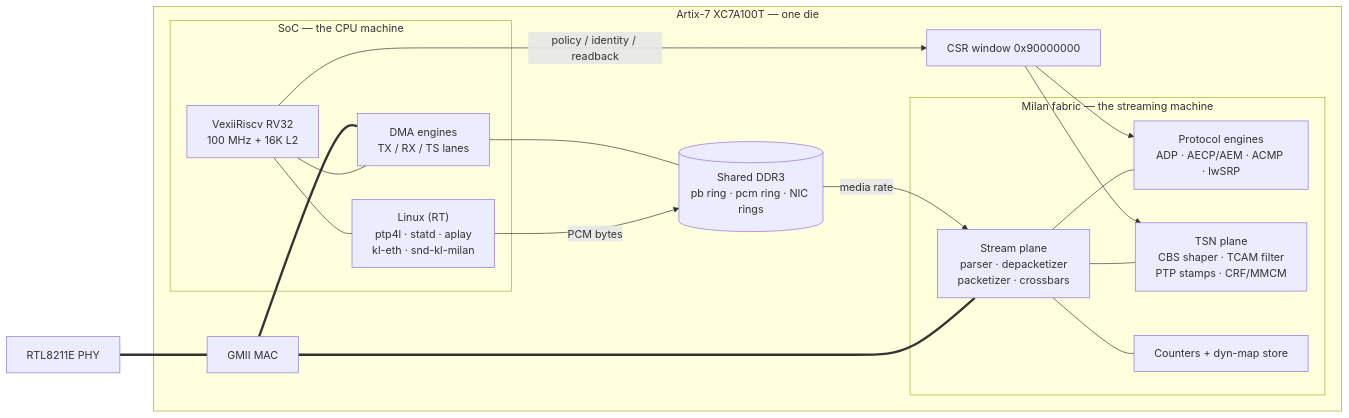
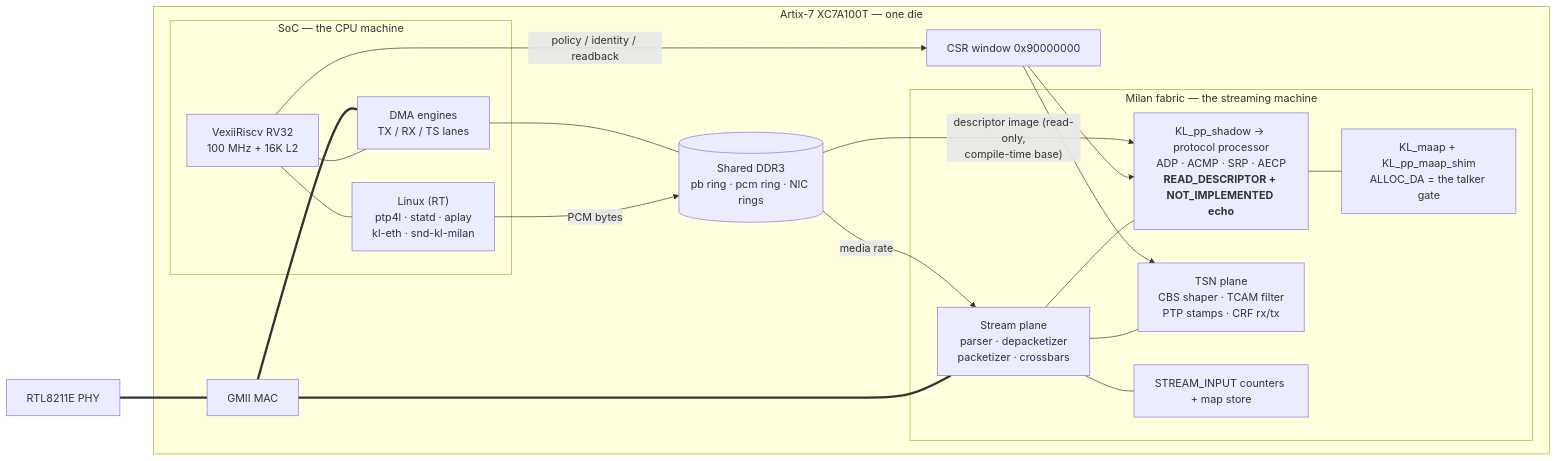
One commit to kebag-logic/milan-fpga changed the diagram in docs/architecture/CPU_FPGA_SPLIT.md. Above: the diagram before and after it, drawn with Mermaid. The commit also changed other lines of this file and 362 other files, not shown here.

Commit message:
The legacy 1722.1/SRP control plane is deleted: the protocol processor is the only one

````diff
--- a/docs/architecture/CPU_FPGA_SPLIT.md
+++ b/docs/architecture/CPU_FPGA_SPLIT.md
@@ -93,33 +145,36 @@
 ```mermaid
 flowchart LR
   subgraph CHIP["Artix-7 XC7A100T — one die"]
     subgraph SOC["SoC — the CPU machine"]
       CPU["VexiiRiscv RV32<br/>100 MHz + 16K L2"]
       LINUX["Linux (RT)<br/>ptp4l · statd · aplay<br/>kl-eth · snd-kl-milan"]
       DMA["DMA engines<br/>TX / RX / TS lanes"]
       CPU --- LINUX
       CPU --- DMA
     end
     subgraph FAB["Milan fabric — the streaming machine"]
-      CTL["Protocol engines<br/>ADP · AECP/AEM · ACMP · lwSRP"]
+      CTL["KL_pp_shadow → protocol processor<br/>ADP · ACMP · SRP · AECP<br/><b>READ_DESCRIPTOR + NOT_IMPLEMENTED echo</b>"]
+      MAAP["KL_maap + KL_pp_maap_shim<br/>ALLOC_DA = the talker gate"]
       STR["Stream plane<br/>parser · depacketizer<br/>packetizer · crossbars"]
-      TSN["TSN plane<br/>CBS shaper · TCAM filter<br/>PTP stamps · CRF/MMCM"]
-      CNT["Counters + dyn-map store"]
+      TSN["TSN plane<br/>CBS shaper · TCAM filter<br/>PTP stamps · CRF rx/tx"]
+      CNT["STREAM_INPUT counters + map store"]
+      CTL --- MAAP
     end
     DRAM[("Shared DDR3<br/>pb ring · pcm ring · NIC rings")]
     CSR["CSR window 0x90000000"]
     MAC["GMII MAC"]
   end
   PHY["RTL8211E PHY"] === MAC
   MAC === STR
   MAC === DMA
   STR --- CTL
   STR --- TSN
   STR --- CNT
   CPU -- "policy / identity / readback" --> CSR
   CSR --> CTL
   CSR --> TSN
   LINUX -- "PCM bytes" --> DRAM
   DRAM -- "media rate" --> STR
+  DRAM -- "descriptor image (read-only,<br/>compile-time base)" --> CTL
   DMA --- DRAM
 ```
````
